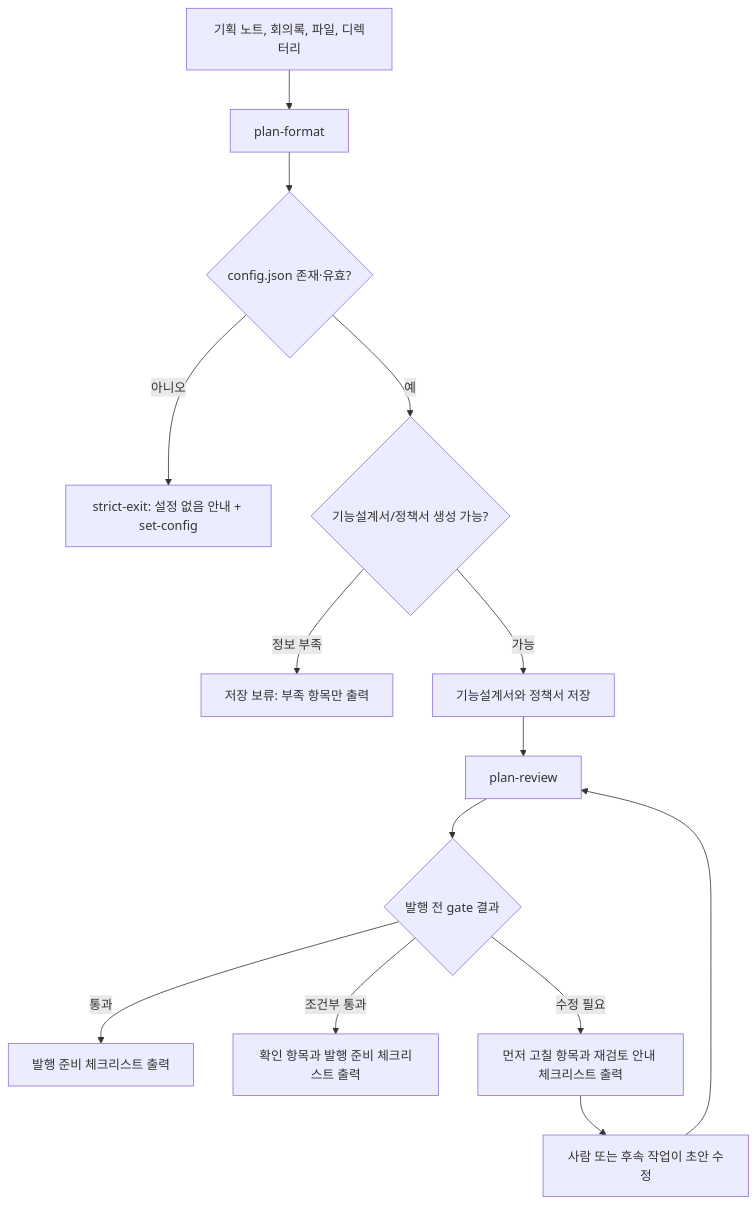
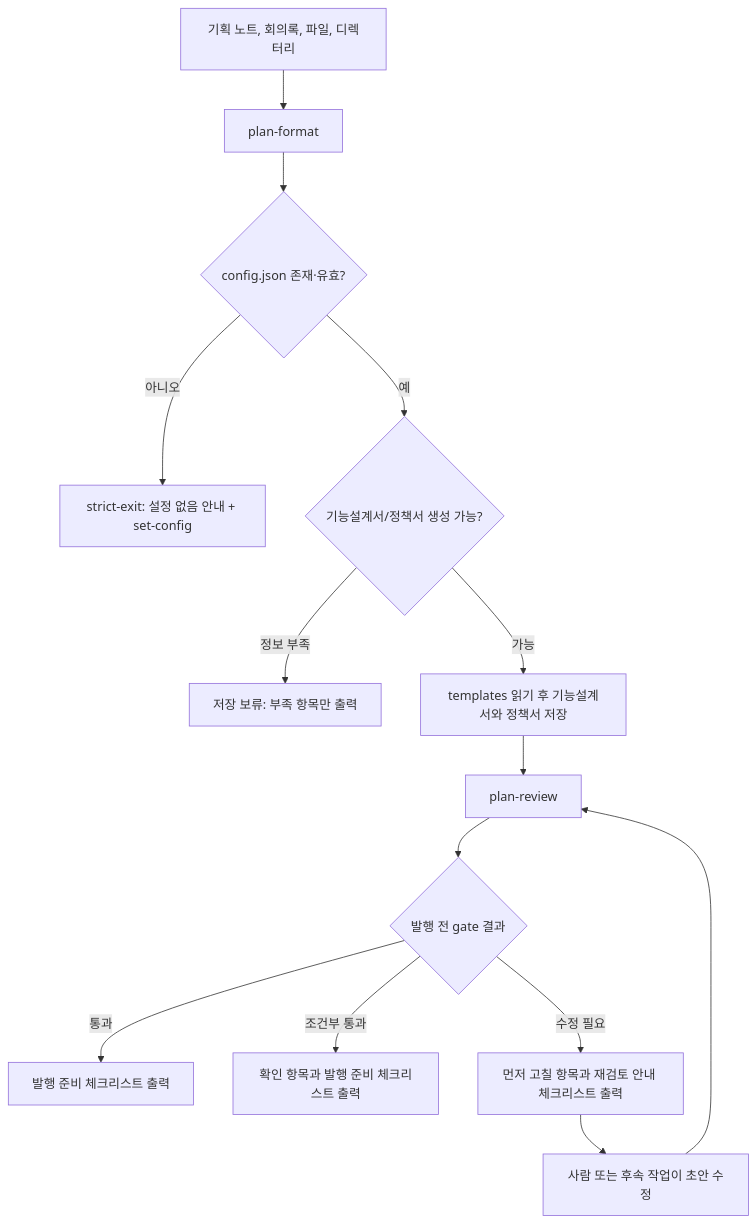
One commit to inkwonjung-colosseum/plugins changed the first of 5 diagrams in product-team-kit/docs/skills-workflow.md. Above: the diagram before and after it, drawn with Mermaid. The commit also changed other lines of this file and 37 other files, not shown here.

````diff
--- a/product-team-kit/docs/skills-workflow.md
+++ b/product-team-kit/docs/skills-workflow.md
@@ -24,16 +31,16 @@
 ```mermaid
 flowchart TD
     A[기획 노트, 회의록, 파일, 디렉터리] --> B[plan-format]
     B --> B1{config.json 존재·유효?}
     B1 -- 아니오 --> B2[strict-exit: 설정 없음 안내 + set-config]
     B1 -- 예 --> C{기능설계서/정책서 생성 가능?}
     C -- 정보 부족 --> D[저장 보류: 부족 항목만 출력]
-    C -- 가능 --> F[기능설계서와 정책서 저장]
+    C -- 가능 --> F[templates 읽기 후 기능설계서와 정책서 저장]
     F --> G[plan-review]
     G --> H{발행 전 gate 결과}
     H -- 통과 --> I[발행 준비 체크리스트 출력]
     H -- 조건부 통과 --> J[확인 항목과 발행 준비 체크리스트 출력]
     H -- 수정 필요 --> K[먼저 고칠 항목과 재검토 안내 체크리스트 출력]
     K --> L[사람 또는 후속 작업이 초안 수정]
     L --> G
 ```
````
